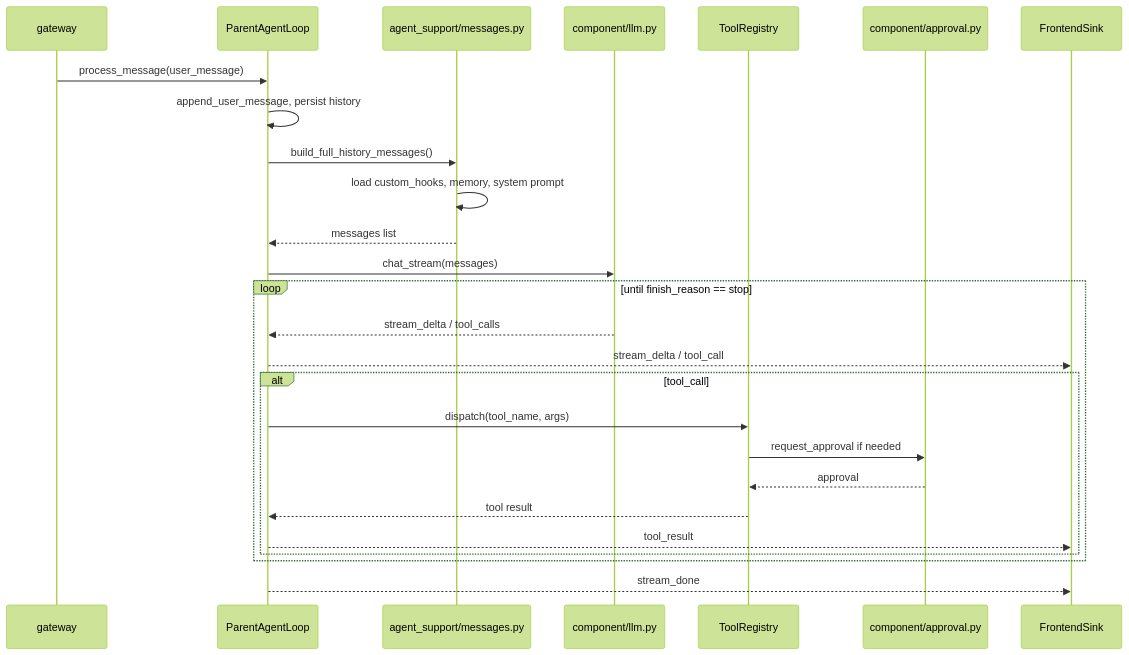
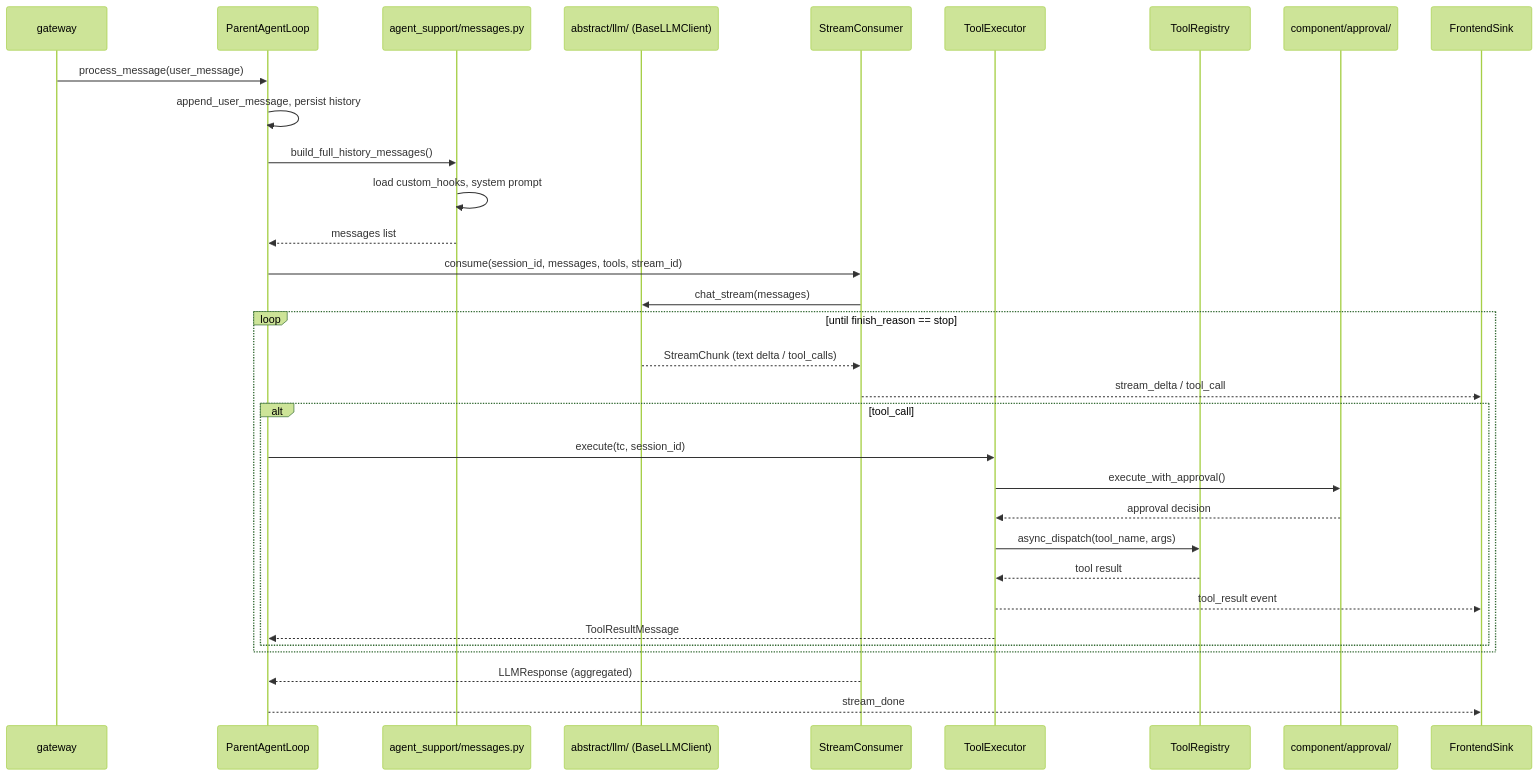
One commit to NINEMINEsigma/evolve-agent changed the diagram in origin_agent/entry/DEV-README.md. Above: the diagram before and after it, drawn with Mermaid (forest theme). The commit also changed other lines of this file and 8 other files, not shown here.

````diff
--- a/origin_agent/entry/DEV-README.md
+++ b/origin_agent/entry/DEV-README.md
@@ -65,29 +125,35 @@
 ```mermaid
 sequenceDiagram
     participant GW as gateway
     participant PAL as ParentAgentLoop
     participant MS as agent_support/messages.py
-    participant LLM as component/llm.py
+    participant LLM as abstract/llm/ (BaseLLMClient)
+    participant SC as StreamConsumer
+    participant TE as ToolExecutor
     participant TR as ToolRegistry
-    participant APP as component/approval.py
+    participant APP as component/approval/
     participant FS as FrontendSink
 
     GW->>PAL: process_message(user_message)
     PAL->>PAL: append_user_message, persist history
     PAL->>MS: build_full_history_messages()
-    MS->>MS: load custom_hooks, memory, system prompt
+    MS->>MS: load custom_hooks, system prompt
     MS-->>PAL: messages list
-    PAL->>LLM: chat_stream(messages)
+    PAL->>SC: consume(session_id, messages, tools, stream_id)
+    SC->>LLM: chat_stream(messages)
     loop until finish_reason == stop
-        LLM-->>PAL: stream_delta / tool_calls
-        PAL-->>FS: stream_delta / tool_call
+        LLM-->>SC: StreamChunk (text delta / tool_calls)
+        SC-->>FS: stream_delta / tool_call
         alt tool_call
-            PAL->>TR: dispatch(tool_name, args)
-            TR->>APP: request_approval if needed
-            APP-->>TR: approval
-            TR-->>PAL: tool result
-            PAL-->>FS: tool_result
+            PAL->>TE: execute(tc, session_id)
+            TE->>APP: execute_with_approval()
+            APP-->>TE: approval decision
+            TE->>TR: async_dispatch(tool_name, args)
+            TR-->>TE: tool result
+            TE-->>FS: tool_result event
+            TE-->>PAL: ToolResultMessage
         end
     end
+    SC-->>PAL: LLMResponse (aggregated)
     PAL-->>FS: stream_done
 ```
````
